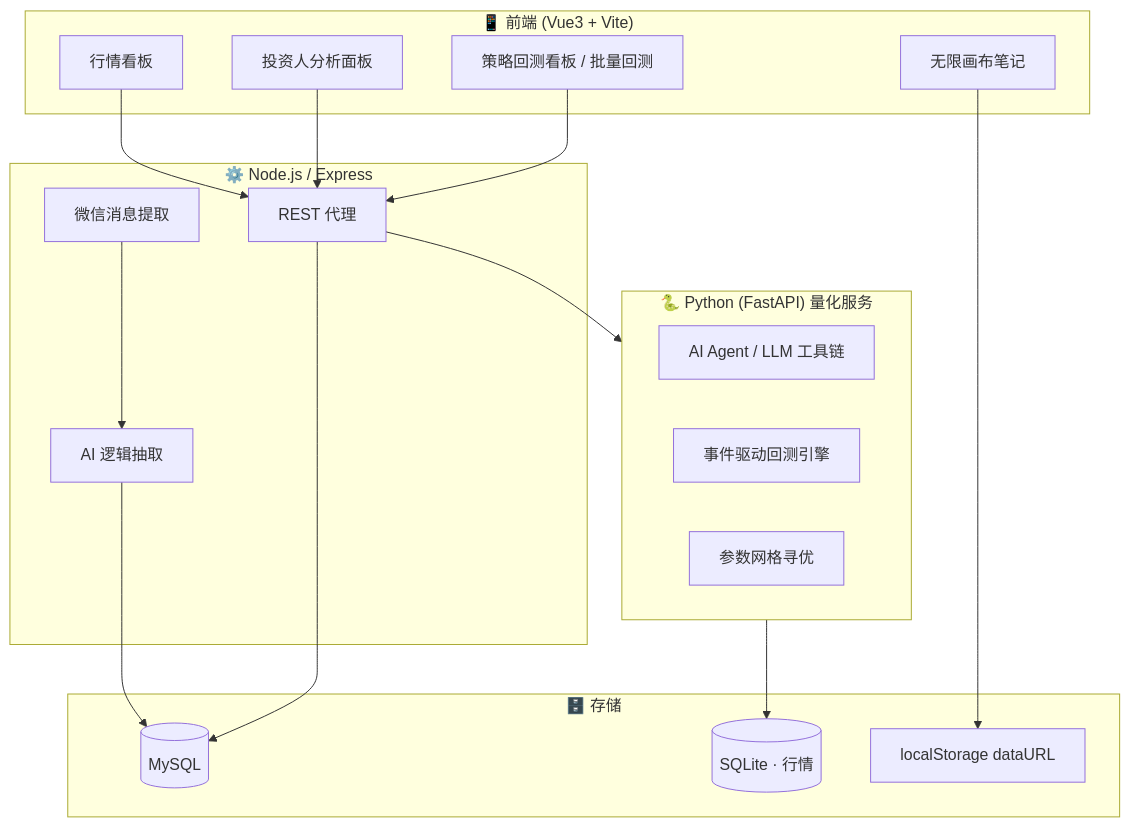
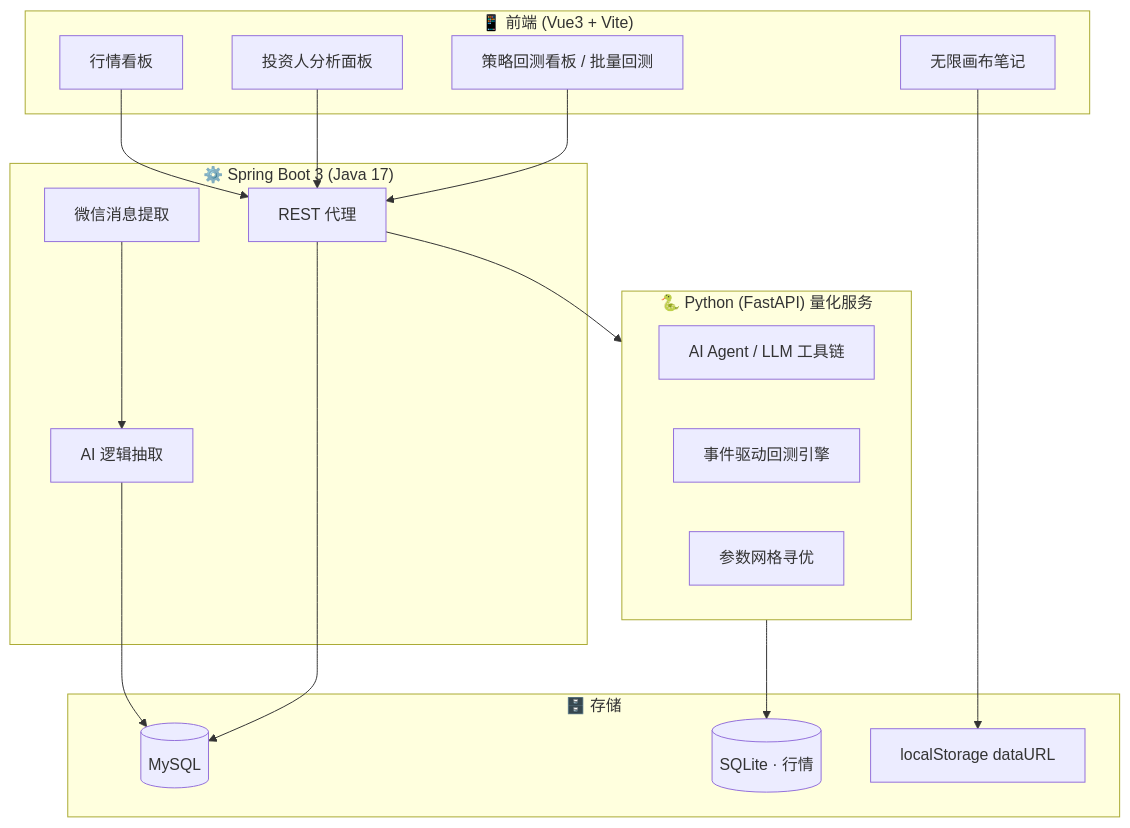
The first of 2 diagrams in README.md (wangwenlin-coder05/asset-tracker-ai), drawn with Mermaid before and after one commit. The commit also changed other lines of this file and 31 other files, not shown here.

First line of the commit message:
chore: 清理已退役的 Node 后端，仓库收敛为 Spring Boot 单一后端

````diff
--- a/README.md
+++ b/README.md
@@ -33,35 +33,35 @@
 ```mermaid
 flowchart TB
     subgraph Client["📱 前端 (Vue3 + Vite)"]
         D["行情看板"]
         P["投资人分析面板"]
         C["无限画布笔记"]
         Q["策略回测看板 / 批量回测"]
     end
 
-    subgraph Backend["⚙️ Node.js / Express"]
+    subgraph Backend["⚙️ Spring Boot 3 (Java 17)"]
         API["REST 代理"]
         WX["微信消息提取"]
         AI["AI 逻辑抽取"]
     end
 
     subgraph Quant["🐍 Python (FastAPI) 量化服务"]
         AGENT["AI Agent / LLM 工具链"]
         ENGINE["事件驱动回测引擎"]
         GRID["参数网格寻优"]
     end
 
     subgraph Store["🗄️ 存储"]
         DB[(MySQL)]
         SQLITE[(SQLite · 行情)]
         LS["localStorage dataURL"]
     end
 
     D --> API
     P --> API
     Q --> API --> Quant
     C --> LS
     WX --> AI --> DB
     Quant --> SQLITE
     API --> DB
 ```
````
